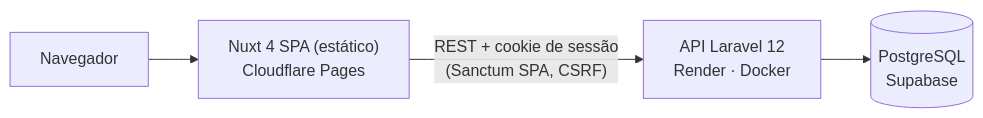
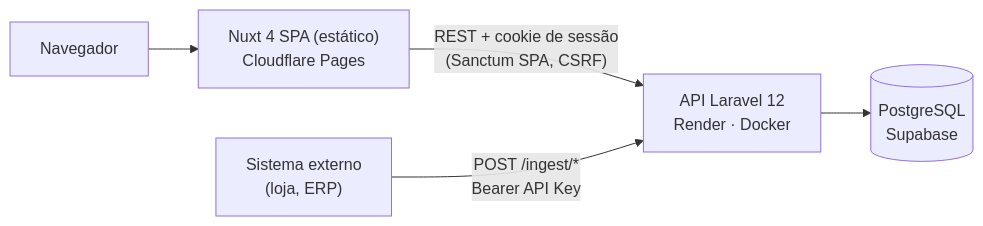
Before and after one commit to Henriqueverri/pulseboard: the first of 3 diagrams in docs/architecture.md, drawn with Mermaid. The commit also changed other lines of this file and 14 other files, not shown here.

````diff
--- a/docs/architecture.md
+++ b/docs/architecture.md
@@ -7,6 +7,7 @@
 ```mermaid
 flowchart LR
   B[Navegador] --> W["Nuxt 4 SPA (estático)<br/>Cloudflare Pages"]
   W -- "REST + cookie de sessão<br/>(Sanctum SPA, CSRF)" --> A["API Laravel 12<br/>Render · Docker"]
+  X["Sistema externo<br/>(loja, ERP)"] -- "POST /ingest/*<br/>Bearer API Key" --> A
   A --> D[("PostgreSQL<br/>Supabase")]
 ```
````
